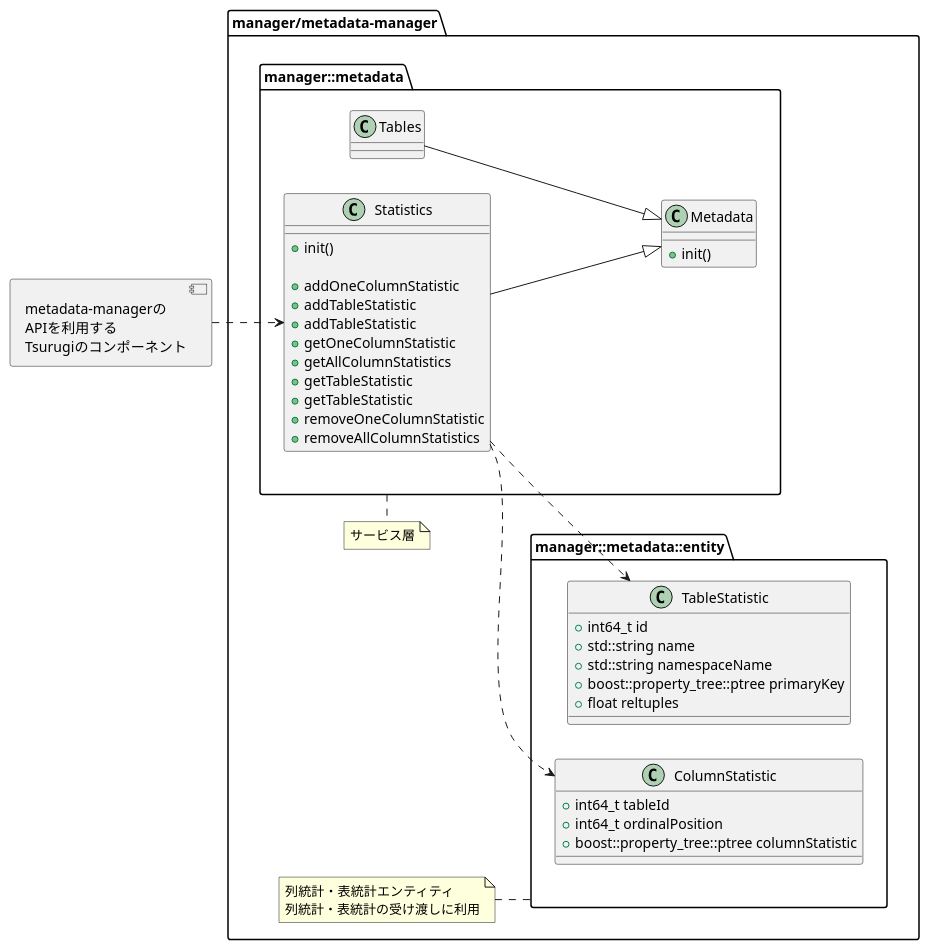
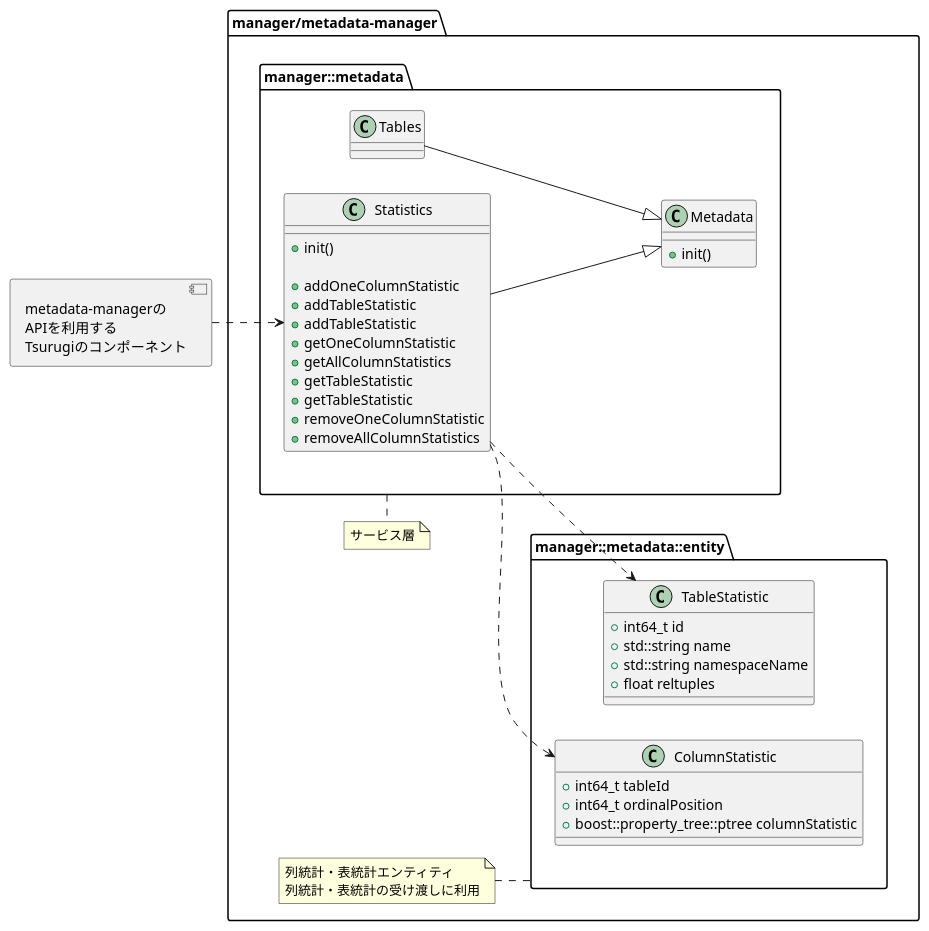
The first of 7 diagrams in metadata-manager/docs/statistic/02.FD/uml/ClassDiagram_detail.pu (project-tsurugi/metadata-manager), drawn with PlantUML before and after one commit. The commit also changed 1 other file, not shown here.

Commit message:
Remove primaryKey field from TableStatistic entity

```diff
--- a/metadata-manager/docs/statistic/02.FD/uml/ClassDiagram_detail.pu
+++ b/metadata-manager/docs/statistic/02.FD/uml/ClassDiagram_detail.pu
@@ -1,65 +1,64 @@
 @startuml ClassDiagram_overview
 left to right direction
 allowmixing
 
 package "manager/metadata-manager" {
 
   package manager::metadata as manager_metadata{
     class "Metadata" as Metadata {
       {method}+init()
     }
 
     class Statistics {
       {method}+init()
       {method}
       {method}+addOneColumnStatistic
       {method}+addTableStatistic
       {method}+addTableStatistic
       {method}+getOneColumnStatistic
       {method}+getAllColumnStatistics
       {method}+getTableStatistic
       {method}+getTableStatistic
       {method}+removeOneColumnStatistic
       {method}+removeAllColumnStatistics
     }
     
     class Tables {
       
     }
     
   }
     
     package manager::metadata::entity as entity{
       class TableStatistic {
         {field}+int64_t id
         {field}+std::string name
         {field}+std::string namespaceName
-        {field}+boost::property_tree::ptree primaryKey
         {field}+float reltuples
       }
       
       class ColumnStatistic {
         {field}+int64_t tableId
         {field}+int64_t ordinalPosition
         {field}+boost::property_tree::ptree columnStatistic
       }
     }
 
   Statistics --|> Metadata
   Tables --|> Metadata
   Statistics ..> TableStatistic
   Statistics ..> ColumnStatistic
   
   note bottom of manager_metadata
   サービス層
   end note
   
   note left of entity
   列統計・表統計エンティティ
   列統計・表統計の受け渡しに利用
   end note
 }
 
 component "metadata-managerの\nAPIを利用する\nTsurugiのコンポーネント" as other_components 
 other_components ..> Statistics
 @enduml
```
